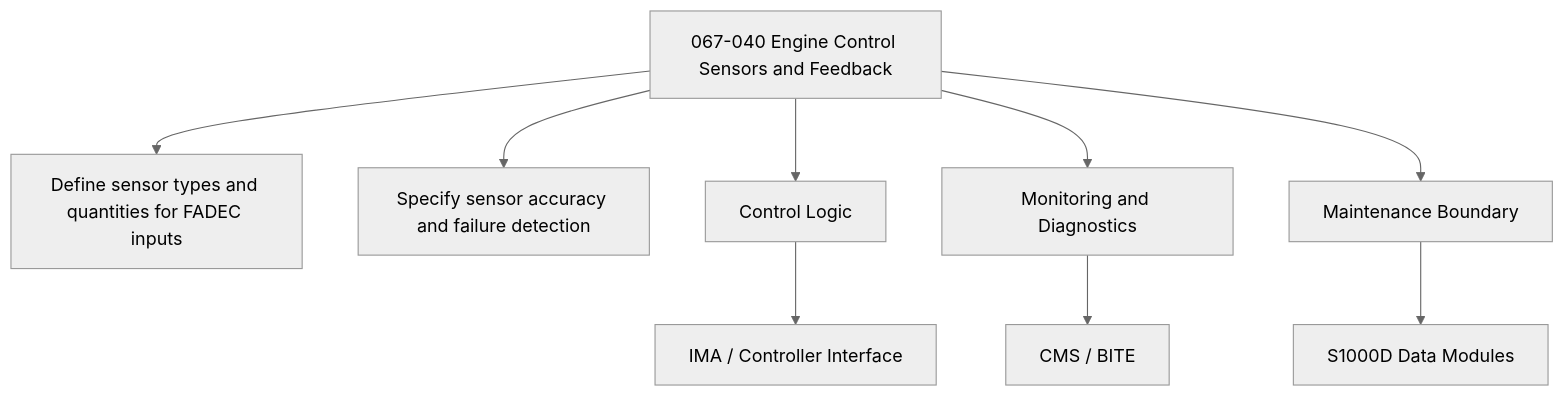
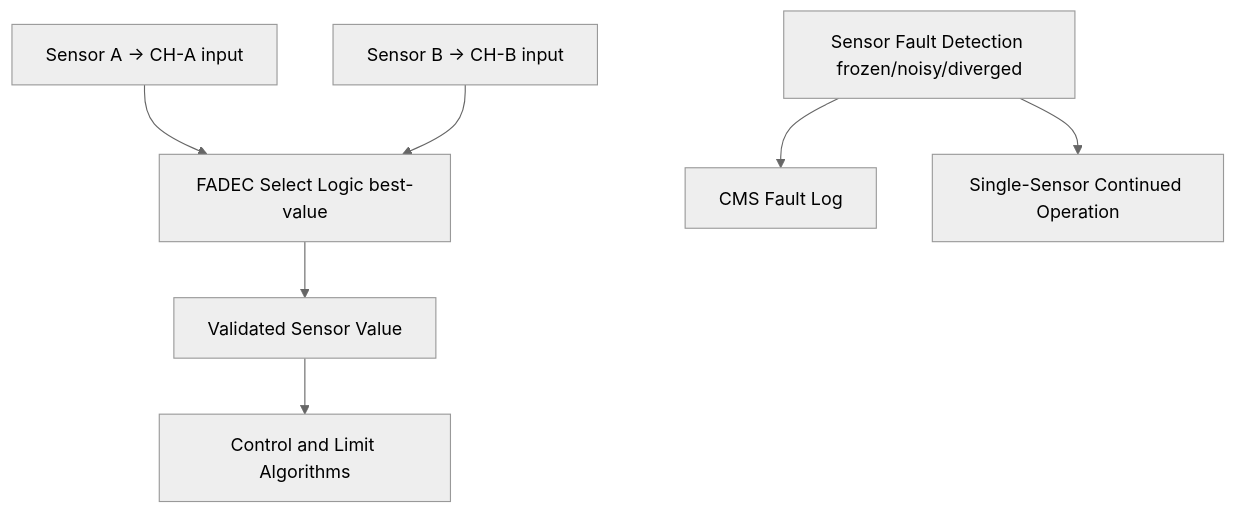
The second of 2 diagrams in Q+ATLANTIDE/000-099_ATLAS/060-069_Propulsion-Tradicional/067_Engine-Controls/067-040-Engine-Control-Sensors-and-Feedback.md (AmedeoPelliccia/Qplus-For-All-Queer-People-and-Quantum), drawn with Mermaid (neutral theme) before and after one commit. The commit also changed other lines of this file and 9 other files, not shown here.

````diff
--- a/Q+ATLANTIDE/000-099_ATLAS/060-069_Propulsion-Tradicional/067_Engine-Controls/067-040-Engine-Control-Sensors-and-Feedback.md
+++ b/Q+ATLANTIDE/000-099_ATLAS/060-069_Propulsion-Tradicional/067_Engine-Controls/067-040-Engine-Control-Sensors-and-Feedback.md
@@ -172,11 +110,9 @@
 ```mermaid
 flowchart TB
-    SYS[067-040 Engine Control Sensors and Feedback] --> F1[Define sensor types and quantities for FADEC inputs]
-    SYS --> F2[Specify sensor accuracy and failure detection]
-    SYS --> CTRL[Control Logic]
-    SYS --> MON[Monitoring and Diagnostics]
-    SYS --> MAINT[Maintenance Boundary]
-    CTRL --> IMA[IMA / Controller Interface]
-    MON --> CMS[CMS / BITE]
-    MAINT --> CSDB[S1000D Data Modules]
+    SENSOR_A[Sensor A → CH-A input] --> SEL_LOGIC[FADEC Select Logic best-value]
+    SENSOR_B[Sensor B → CH-B input] --> SEL_LOGIC
+    SEL_LOGIC --> VALID[Validated Sensor Value]
+    VALID --> CTRL[Control and Limit Algorithms]
+    FAULT_DET[Sensor Fault Detection frozen/noisy/diverged] --> FAULT_LOG[CMS Fault Log]
+    FAULT_DET --> SINGLE_SENSOR[Single-Sensor Continued Operation]
 ```
````
